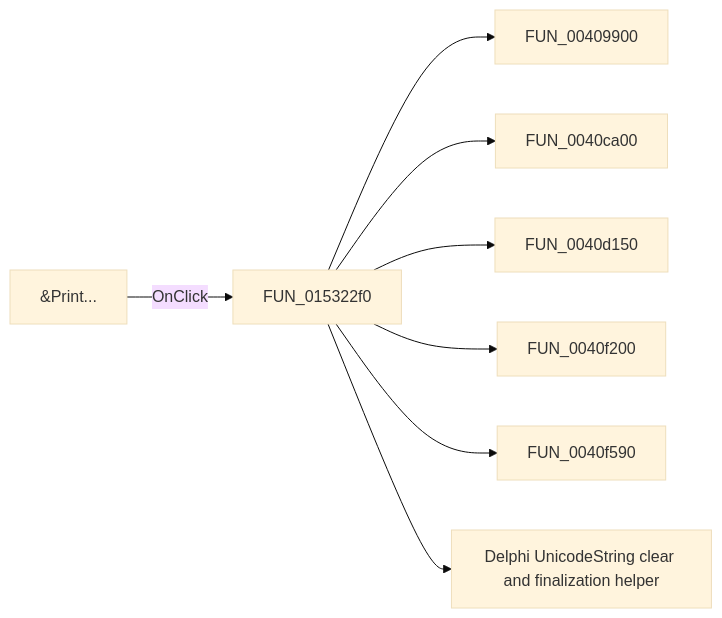
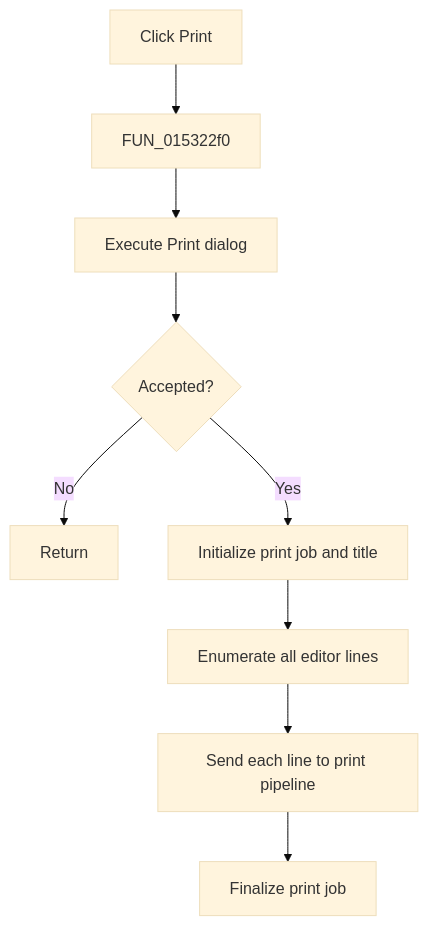
One commit to MovGP0/TIARA changed the diagram in docs/ui-controls/netlisteditor/miprint-209fadbe76.md. Above: the diagram before and after it, drawn with Mermaid (base theme). The commit also changed other lines of this file and 1062 other files, not shown here.

````diff
--- a/docs/ui-controls/netlisteditor/miprint-209fadbe76.md
+++ b/docs/ui-controls/netlisteditor/miprint-209fadbe76.md
@@ -27,10 +29,11 @@
 ```mermaid
-flowchart LR
-    control["&Print..."] -->|OnClick| handler["FUN_015322f0"]
-    handler --> call1["FUN_00409900"]
-    handler --> call2["FUN_0040ca00"]
-    handler --> call3["FUN_0040d150"]
-    handler --> call4["FUN_0040f200"]
-    handler --> call5["FUN_0040f590"]
-    handler --> call6["Delphi UnicodeString clear and finalization helper"]
+flowchart TD
+    control["Click Print"] --> handler["FUN_015322f0"]
+    handler --> dialog["Execute Print dialog"]
+    dialog --> accepted{"Accepted?"}
+    accepted -->|No| cancel["Return"]
+    accepted -->|Yes| begin["Initialize print job and title"]
+    begin --> lines["Enumerate all editor lines"]
+    lines --> print["Send each line to print pipeline"]
+    print --> finish["Finalize print job"]
 ```
````
